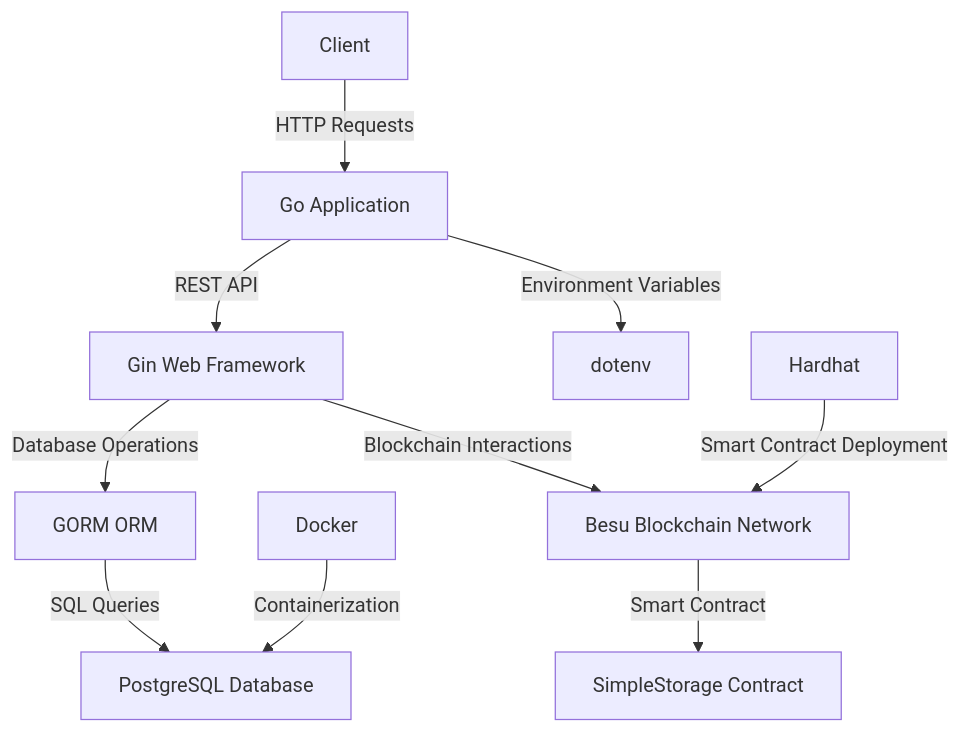
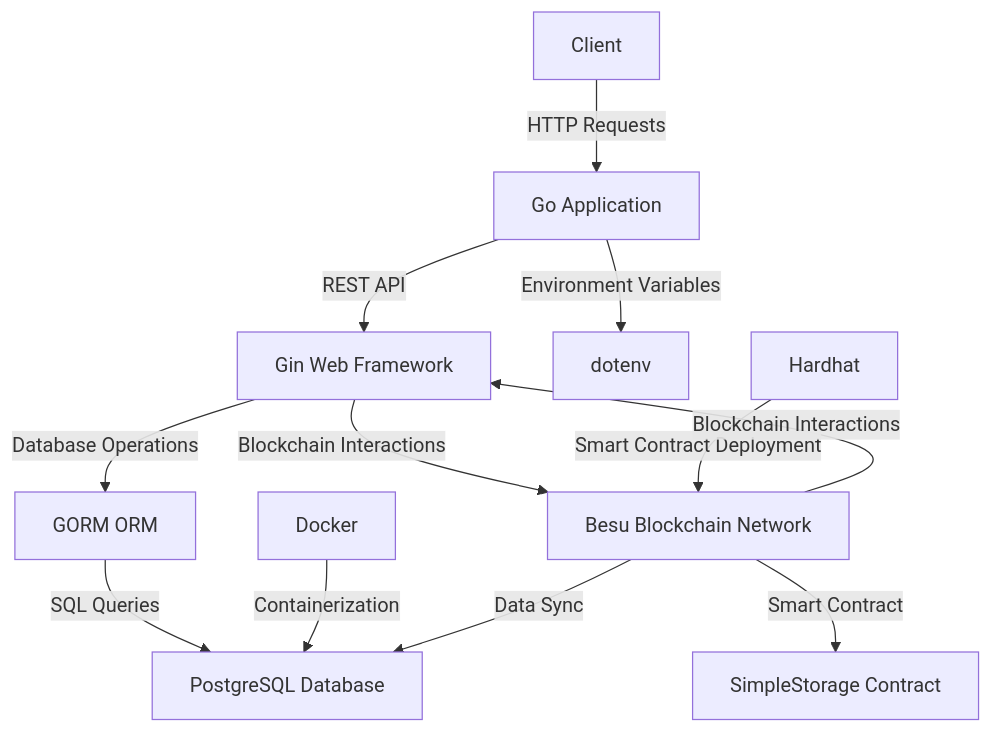
Before and after one commit to viniciusr-cmd/goledger-challenge-besu: the diagram in app/README.md, drawn with Mermaid. The commit also changed other lines of this file, not shown here.

````diff
--- a/app/README.md
+++ b/app/README.md
@@ -197,12 +230,14 @@
 ```mermaid
-    graph TD;
+   graph TD;
     A[Client] -->|HTTP Requests| B[Go Application]
     B -->|REST API| C[Gin Web Framework]
     C -->|Database Operations| D[GORM ORM]
     D -->|SQL Queries| E[PostgreSQL Database]
     C -->|Blockchain Interactions| F[Besu Blockchain Network]
     F -->|Smart Contract| G[SimpleStorage Contract]
     B -->|Environment Variables| H[dotenv]
     I[Docker] -->|Containerization| E
     J[Hardhat] -->|Smart Contract Deployment| F
+    F -->|Blockchain Interactions| C
+    F -->|Data Sync| E
 ```
````
